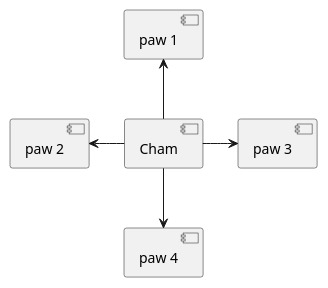
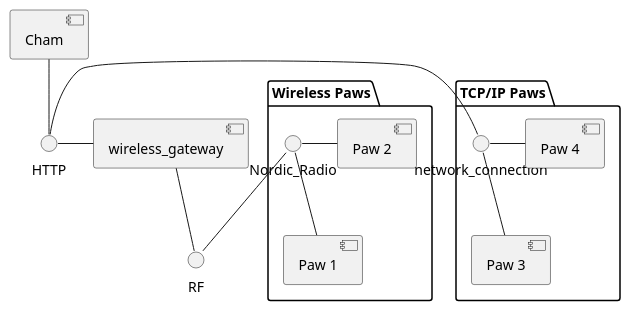
Before and after one commit to fiveohhh/cham9000: the first of 2 diagrams in docs/source/architecture.rst, drawn with PlantUML. The commit also changed other lines of this file, not shown here.

First line of the commit message:
Architectural doc updates

```diff
--- a/docs/source/architecture.rst
+++ b/docs/source/architecture.rst
@@ -63,6 +89,16 @@
 .. uml::
 
-    [Cham] -left-> [paw 2] 
-    [Cham] -down-> [paw 4]
-    [Cham] -up-> [paw 1] 
-    [Cham] -right-> [paw 3] 
+    [Cham] -- HTTP
+    HTTP - [wireless_gateway]
+    [wireless_gateway] -- RF
+    
+    package "Wireless Paws" {
+    Nordic_Radio -- [Paw 1]
+    Nordic_Radio - [Paw 2]
+    Nordic_Radio -- RF
+    }
+    package "TCP/IP Paws" {
+    network_connection -- [Paw 3]
+    network_connection - [Paw 4]
+    HTTP - network_connection
+    }
```
